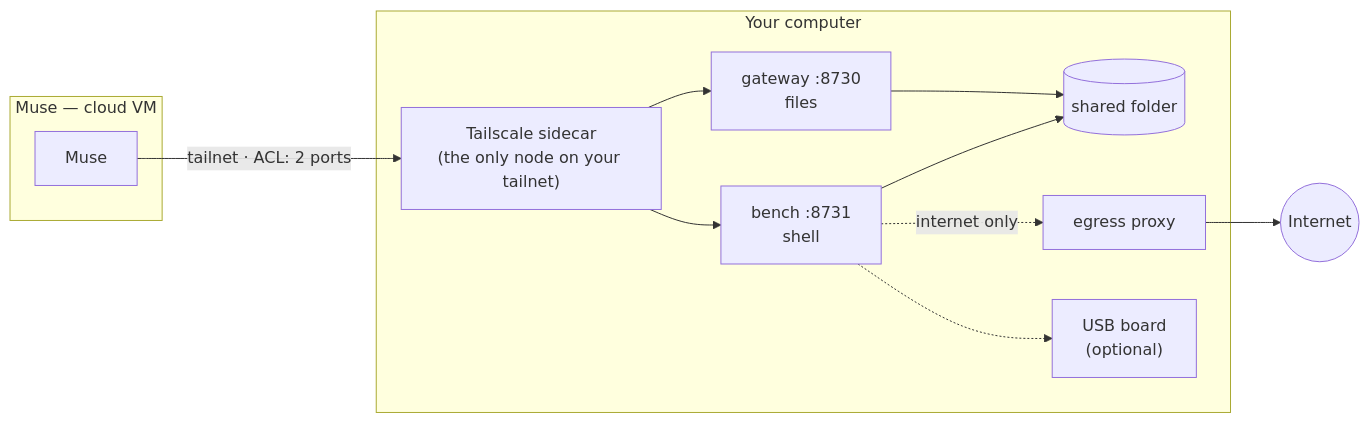
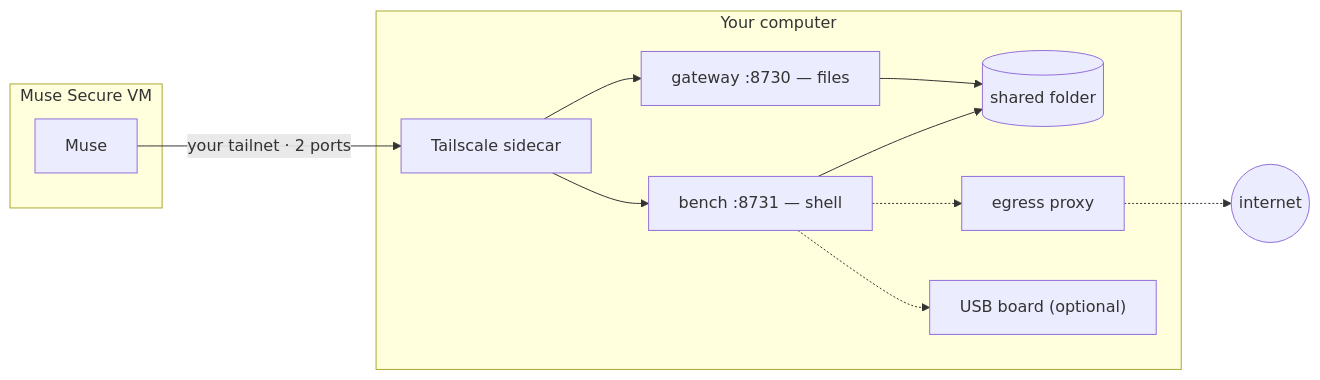
One commit to Toddoward/muse-local-gateway changed the diagram in README.md. Above: the diagram before and after it, drawn with Mermaid. The commit also changed other lines of this file and 7 other files, not shown here.

First line of the commit message:
Rewrite README around Muse stepping out of its VM; hero motion graphic; libusb in the bench

````diff
--- a/README.md
+++ b/README.md
@@ -88,19 +90,19 @@
 ```mermaid
 flowchart LR
-  subgraph cloud["Muse — cloud VM"]
+  subgraph vm["Muse Secure VM"]
     M["Muse"]
   end
   subgraph pc["Your computer"]
-    TS["Tailscale sidecar<br/>(the only node on your tailnet)"]
-    G["gateway :8730<br/>files"]
-    B["bench :8731<br/>shell"]
+    TS["Tailscale sidecar"]
+    G["gateway :8730 — files"]
+    B["bench :8731 — shell"]
     E["egress proxy"]
     F[("shared folder")]
-    U["USB board<br/>(optional)"]
+    U["USB board (optional)"]
   end
-  M -- "tailnet · ACL: 2 ports" --> TS
+  M -- "your tailnet · 2 ports" --> TS
   TS --> G --> F
   TS --> B --> F
-  B -. "internet only" .-> E --> I(("Internet"))
+  B -.-> E -.-> I(("internet"))
   B -.-> U
 ```
````
